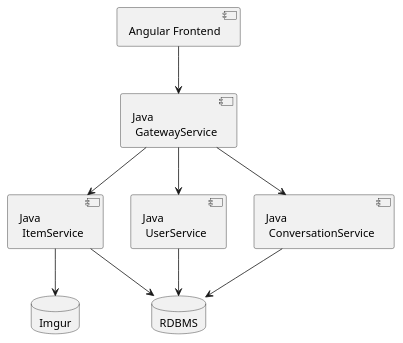
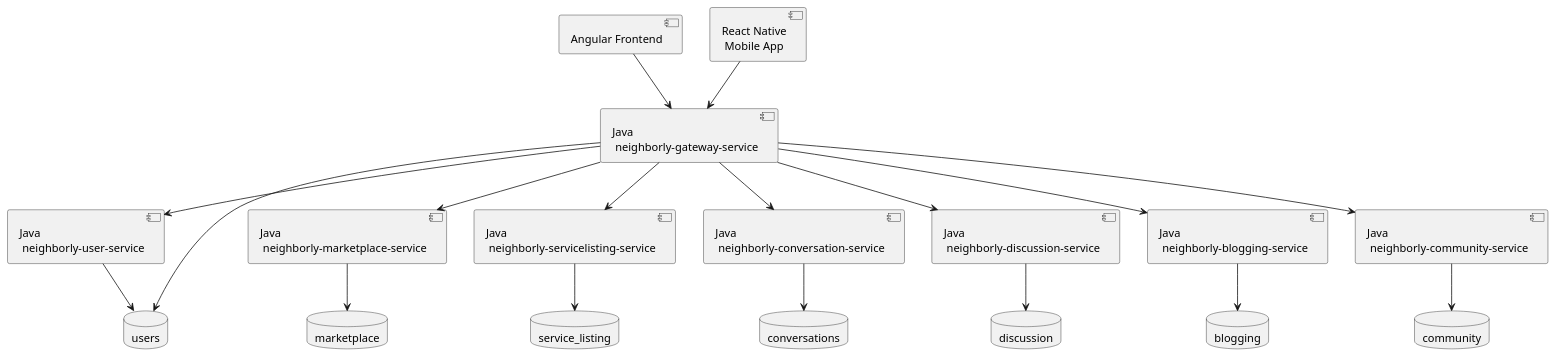
The diagram in design/architecture.puml (vamshikrishna1/neighbourly), drawn with PlantUML before and after one commit. The commit also changed 1 other file, not shown here.

```diff
--- a/design/architecture.puml
+++ b/design/architecture.puml
@@ -1,19 +1,50 @@
 @startuml Architecture
 [Angular Frontend] as angular
-[Java\n ItemService] as item
-[Java\n UserService] as user
-[Java\n GatewayService] as gateway
-[Java\n ConversationService] as conversation
-database "Imgur"
-database "RDBMS"
+[React Native\n Mobile App] as mobile
+[Java\n neighborly-user-service] as user
+[Java\n neighborly-gateway-service] as gateway
+[Java\n neighborly-marketplace-service] as marketplace
+[Java\n neighborly-servicelisting-service] as listing
+[Java\n neighborly-conversation-service] as conversation
+[Java\n neighborly-discussion-service] as discussion
+[Java\n neighborly-blogging-service] as blogging
+[Java\n neighborly-community-service] as community
+
+
+database "users" as user_db
+database "marketplace" as marketplace_db
+database "service_listing" as listing_db    
+database "conversations" as conversation_db
+database "blogging" as blogging_db
+database "community" as community_db
+database "discussion" as discussion_db
+
+
+
+
+user --> user_db
+gateway --> user_db
+listing --> listing_db
+conversation --> conversation_db
+blogging --> blogging_db
+marketplace --> marketplace_db
+discussion --> discussion_db
+community --> community_db
+
+gateway --> user
+gateway --> marketplace
+gateway --> listing
+gateway --> conversation
+gateway --> blogging
+gateway --> discussion
+gateway --> community
 
 
 angular --> gateway
-gateway --> item
-gateway --> user
-gateway --> conversation
-user --> RDBMS
-conversation --> RDBMS
-item --> Imgur
-item --> RDBMS
+mobile --> gateway
+
+
+
+
+
 @enduml
```
